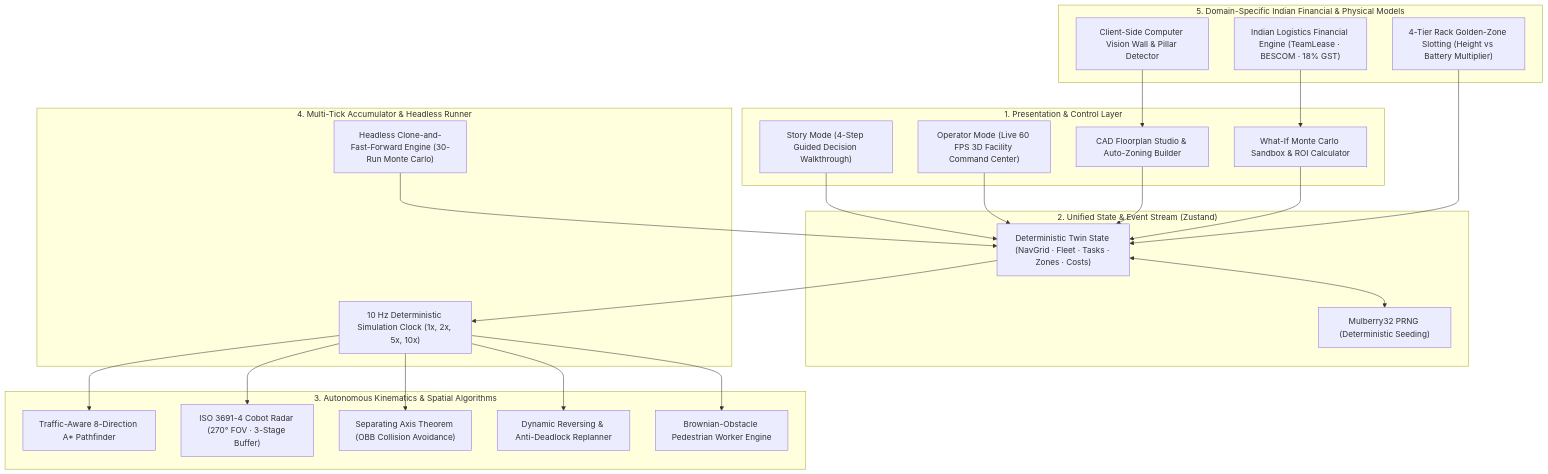
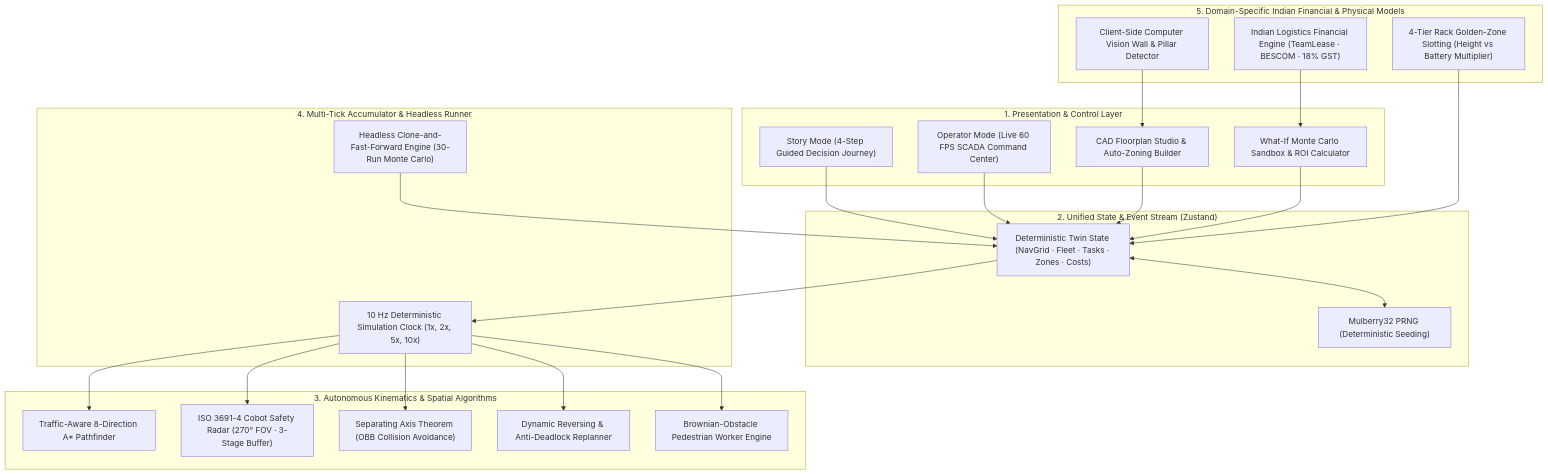
The second of 2 diagrams in README.md (mo-farooq/NexusTwin), drawn with Mermaid before and after one commit. The commit also changed other lines of this file and 7 other files, not shown here.

````diff
--- a/README.md
+++ b/README.md
@@ -42,51 +164,51 @@
 ```mermaid
 graph TD
     subgraph UI_Layer["1. Presentation & Control Layer"]
-        StoryMode["Story Mode (4-Step Guided Decision Walkthrough)"]
-        OperatorMode["Operator Mode (Live 60 FPS 3D Facility Command Center)"]
+        StoryMode["Story Mode (4-Step Guided Decision Journey)"]
+        OperatorMode["Operator Mode (Live 60 FPS SCADA Command Center)"]
         StudioBuilder["CAD Floorplan Studio & Auto-Zoning Builder"]
         DecisionModal["What-If Monte Carlo Sandbox & ROI Calculator"]
     end
 
     subgraph State_Layer["2. Unified State & Event Stream (Zustand)"]
         Store["Deterministic Twin State (NavGrid · Fleet · Tasks · Zones · Costs)"]
         Mulberry["Mulberry32 PRNG (Deterministic Seeding)"]
     end
 
     subgraph Physics_Engine["3. Autonomous Kinematics & Spatial Algorithms"]
         AStar["Traffic-Aware 8-Direction A* Pathfinder"]
-        ISO["ISO 3691-4 Cobot Radar (270° FOV · 3-Stage Buffer)"]
+        ISO["ISO 3691-4 Cobot Safety Radar (270° FOV · 3-Stage Buffer)"]
         SAT["Separating Axis Theorem (OBB Collision Avoidance)"]
         Deadlock["Dynamic Reversing & Anti-Deadlock Replanner"]
         HumanSim["Brownian-Obstacle Pedestrian Worker Engine"]
     end
 
     subgraph Simulation_Execution["4. Multi-Tick Accumulator & Headless Runner"]
         Clock["10 Hz Deterministic Simulation Clock (1x, 2x, 5x, 10x)"]
         WhatIfEngine["Headless Clone-and-Fast-Forward Engine (30-Run Monte Carlo)"]
     end
 
     subgraph Hardware_And_Cost["5. Domain-Specific Indian Financial & Physical Models"]
         RackSlotting["4-Tier Rack Golden-Zone Slotting (Height vs Battery Multiplier)"]
         CostModel["Indian Logistics Financial Engine (TeamLease · BESCOM · 18% GST)"]
         CVScanner["Client-Side Computer Vision Wall & Pillar Detector"]
     end
 
     StoryMode --> Store
     OperatorMode --> Store
     StudioBuilder --> Store
     DecisionModal --> Store
 
     Store <--> Mulberry
     Store --> Clock
     Clock --> AStar
     Clock --> ISO
     Clock --> SAT
     Clock --> Deadlock
     Clock --> HumanSim
 
     WhatIfEngine --> Store
     RackSlotting --> Store
     CostModel --> DecisionModal
     CVScanner --> StudioBuilder
 ```
````
